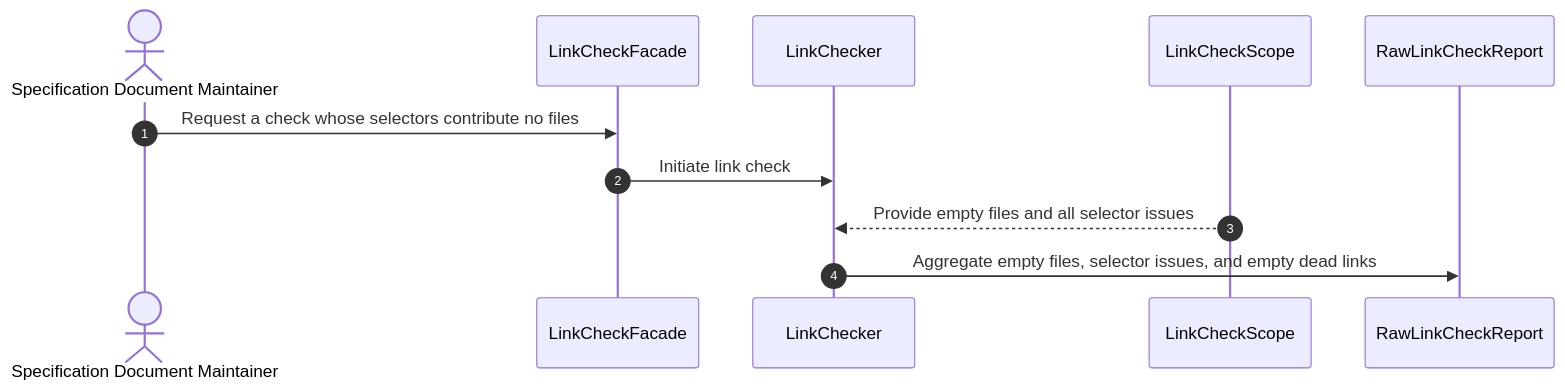
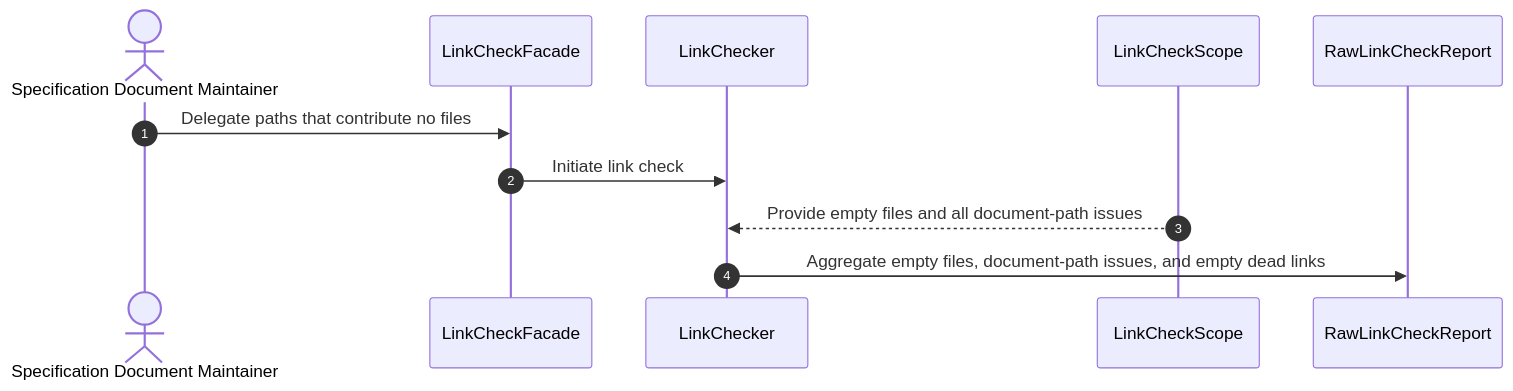
Before and after one commit to huang-xiao-jian/bluey: diagram 36 of 42 in specs/md-linkage/design.md, drawn with Mermaid. The commit also changed other lines of this file and 7 other files, not shown here.

````diff
--- a/specs/md-linkage/design.md
+++ b/specs/md-linkage/design.md
@@ -1223,14 +1082,14 @@
 ```mermaid
 sequenceDiagram
     autonumber
     actor Maintainer as Specification Document Maintainer
     participant Submission as LinkCheckFacade
     participant Check as LinkChecker
     participant Scope as LinkCheckScope
     participant Report as RawLinkCheckReport
 
-    Maintainer->>Submission: Request a check whose selectors contribute no files
+    Maintainer->>Submission: Delegate paths that contribute no files
     Submission->>Check: Initiate link check
-    Scope-->>Check: Provide empty files and all selector issues
-    Check->>Report: Aggregate empty files, selector issues, and empty dead links
+    Scope-->>Check: Provide empty files and all document-path issues
+    Check->>Report: Aggregate empty files, document-path issues, and empty dead links
 ```
````
